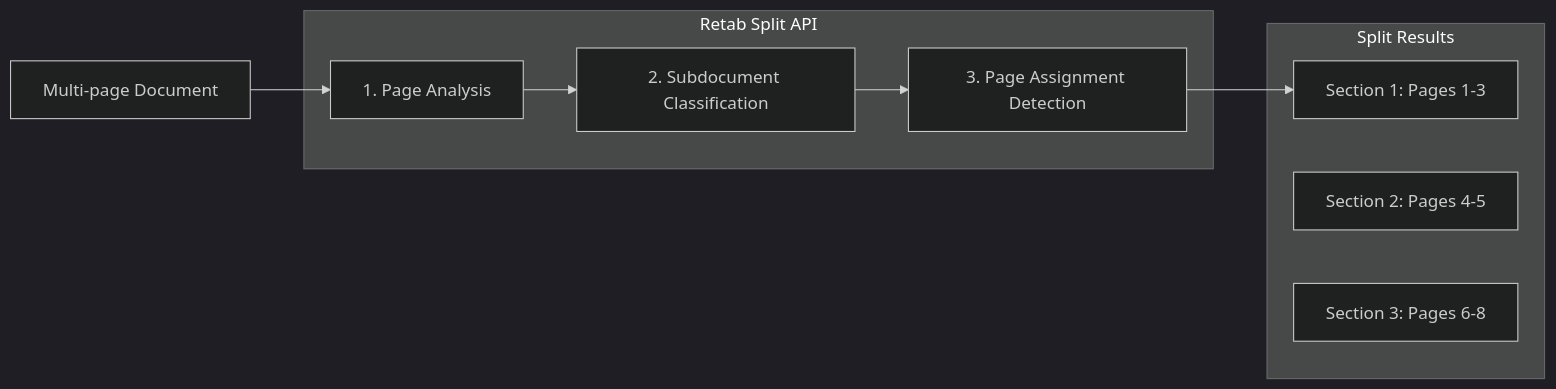
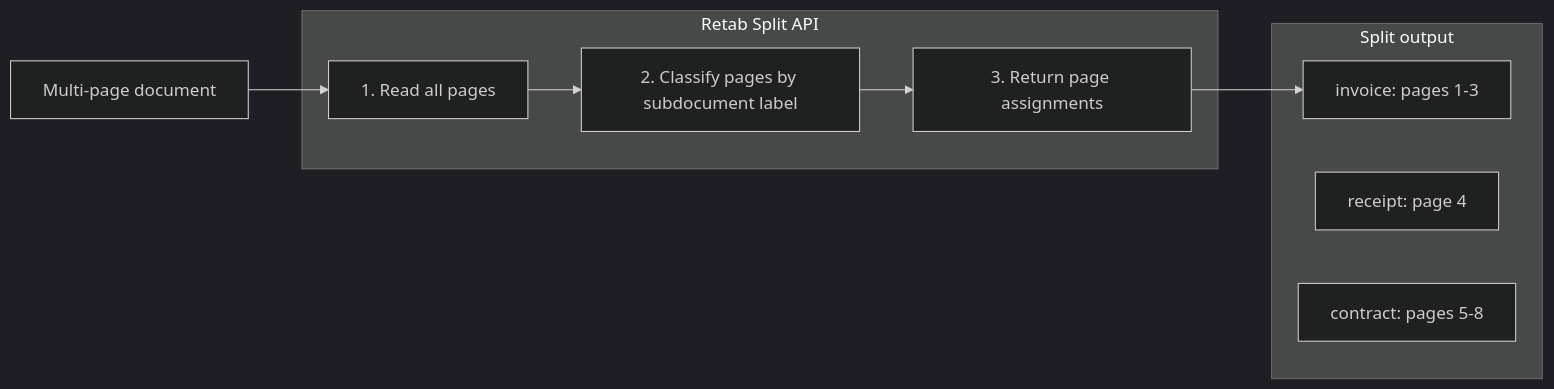
Before and after one commit to retab-dev/docs: the diagram in primitives/Split.mdx, drawn with Mermaid (dark theme). The commit also changed other lines of this file and 7 other files, not shown here.

````diff
--- a/primitives/Split.mdx
+++ b/primitives/Split.mdx
@@ -18,18 +23,18 @@
 ```mermaid
 flowchart LR
-    A[Multi-page Document] --> B
-    
+    A[Multi-page document] --> B
+
     subgraph Retab["Retab Split API"]
-        B[1. Page Analysis]
-        B --> C[2. Subdocument Classification]
-        C --> D[3. Page Assignment Detection]
+        B[1. Read all pages]
+        B --> C[2. Classify pages by subdocument label]
+        C --> D[3. Return page assignments]
     end
-    
+
     D --> E
-    
-    subgraph Output["Split Results"]
-        E[Section 1: Pages 1-3]
-        F[Section 2: Pages 4-5]
-        G[Section 3: Pages 6-8]
+
+    subgraph Output["Split output"]
+        E[invoice: pages 1-3]
+        F[receipt: page 4]
+        G[contract: pages 5-8]
     end
 ```
````
